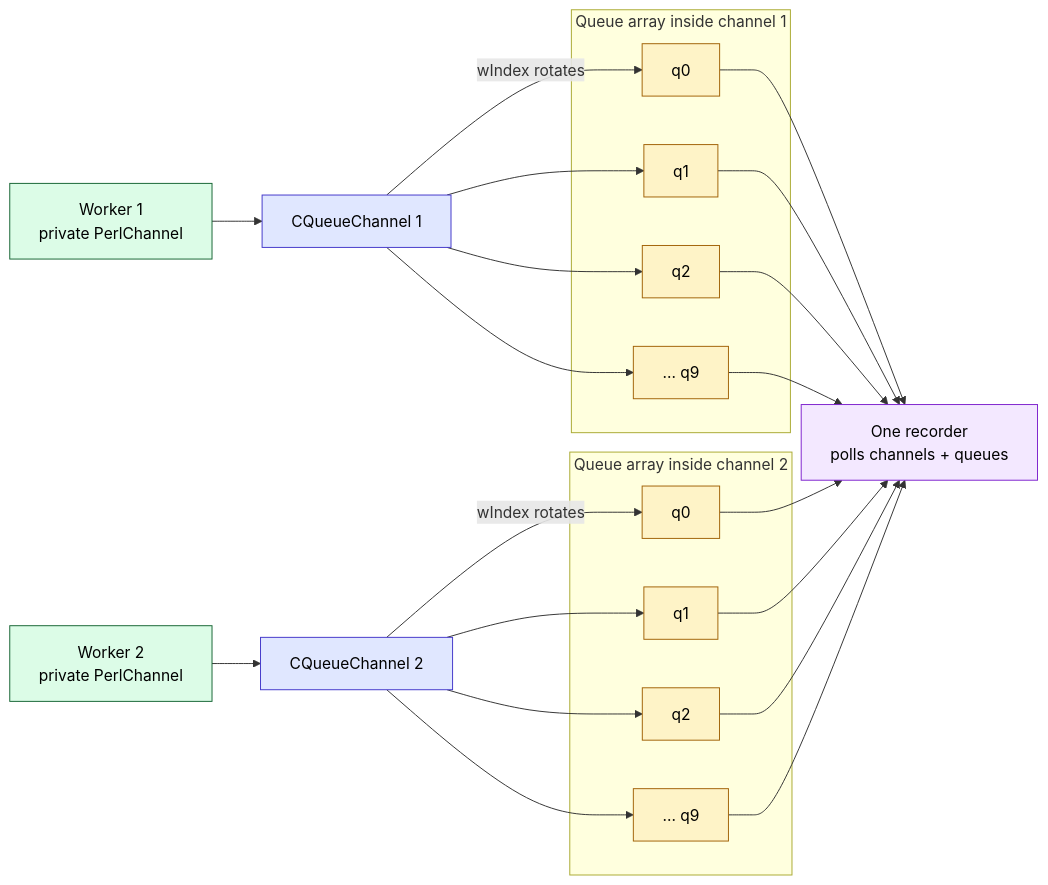
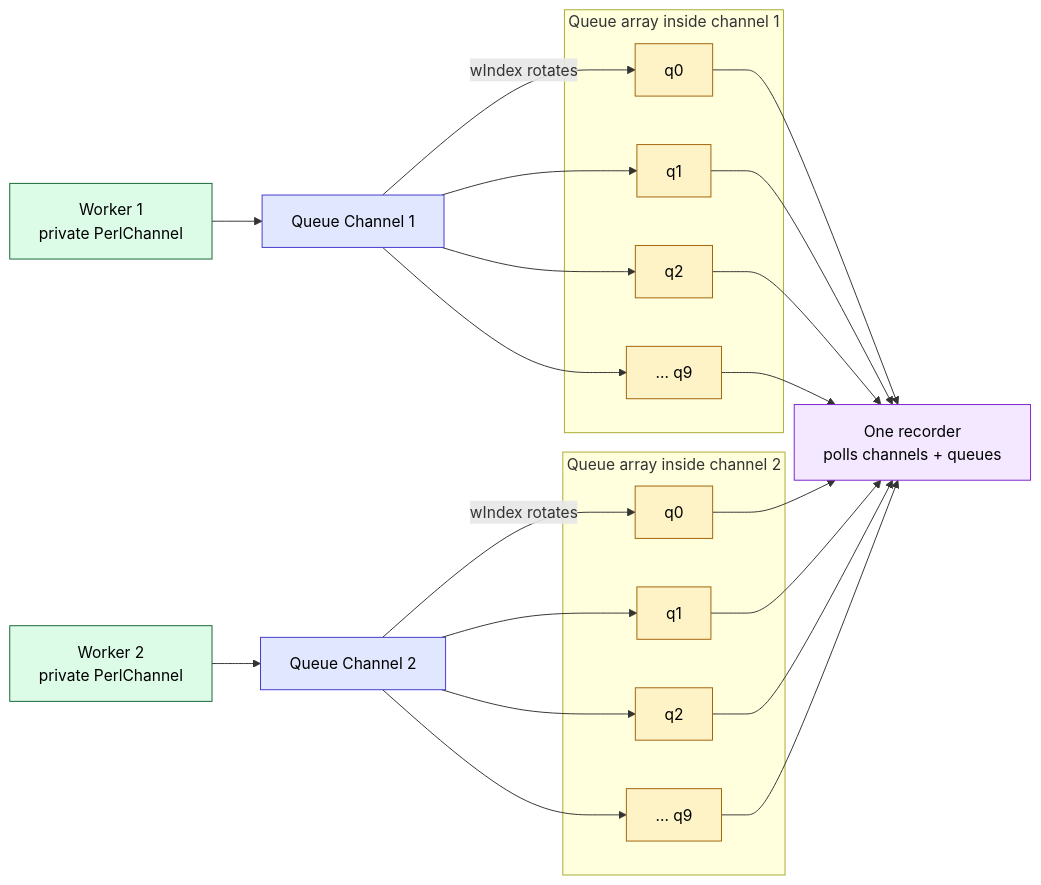
One commit to kmgowda/SBK changed the seventh of 39 diagrams in docs/sbk-internals.md. Above: the diagram before and after it, drawn with Mermaid. The commit also changed other lines of this file and 3 other files, not shown here.

````diff
--- a/docs/sbk-internals.md
+++ b/docs/sbk-internals.md
@@ -472,45 +474,45 @@
 ```mermaid
 flowchart LR
-    W1["Worker 1<br/>private PerlChannel"] --> C1["CQueueChannel 1"]
-    W2["Worker 2<br/>private PerlChannel"] --> C2["CQueueChannel 2"]
+    W1["Worker 1<br/>private PerlChannel"] --> C1["Queue Channel 1"]
+    W2["Worker 2<br/>private PerlChannel"] --> C2["Queue Channel 2"]
 
     subgraph A1["Queue array inside channel 1"]
         Q10["q0"]
         Q11["q1"]
         Q12["q2"]
         Q19["... q9"]
     end
     subgraph A2["Queue array inside channel 2"]
         Q20["q0"]
         Q21["q1"]
         Q22["q2"]
         Q29["... q9"]
     end
 
     C1 -->|wIndex rotates| Q10
     C1 --> Q11
     C1 --> Q12
     C1 --> Q19
     C2 -->|wIndex rotates| Q20
     C2 --> Q21
     C2 --> Q22
     C2 --> Q29
 
     Q10 --> R["One recorder<br/>polls channels + queues"]
     Q11 --> R
     Q12 --> R
     Q19 --> R
     Q20 --> R
     Q21 --> R
     Q22 --> R
     Q29 --> R
 
     classDef worker fill:#dcfce7,stroke:#166534,color:#000
     classDef channel fill:#e0e7ff,stroke:#4338ca,color:#000
     classDef queue fill:#fef3c7,stroke:#a16207,color:#000
     classDef recorder fill:#f3e8ff,stroke:#7e22ce,color:#000
     class W1,W2 worker
     class C1,C2 channel
     class Q10,Q11,Q12,Q19,Q20,Q21,Q22,Q29 queue
     class R recorder
 ```
````
